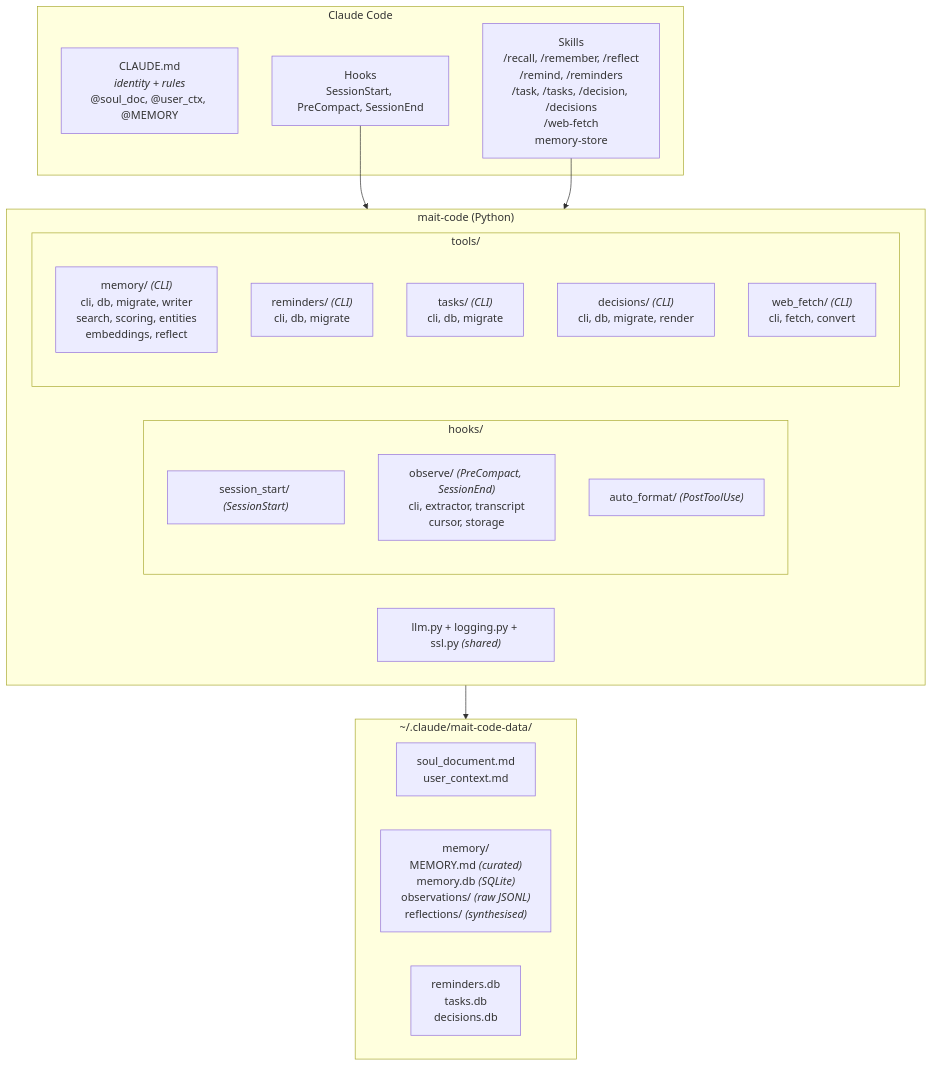
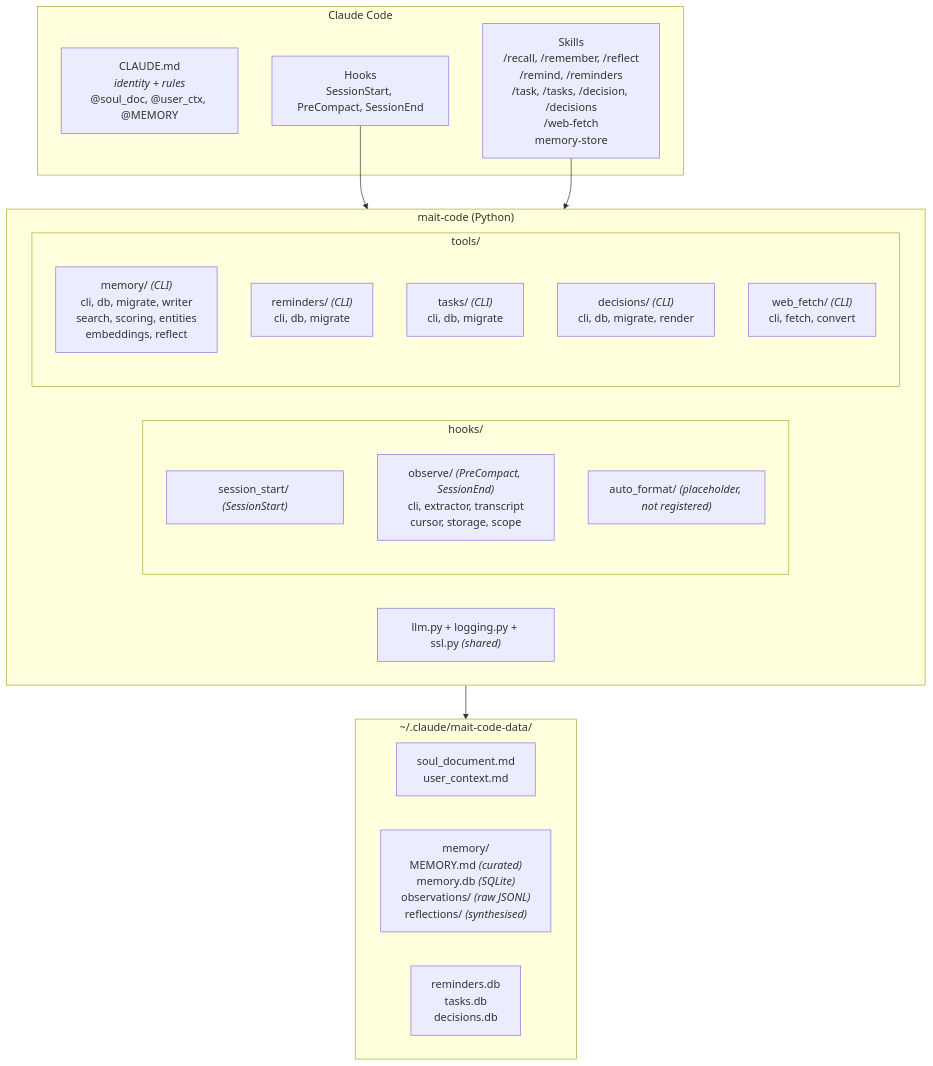
The first of 4 diagrams in docs/architecture.md (wiktordepina/mait-code), drawn with Mermaid before and after one commit. The commit also changed other lines of this file and 7 other files, not shown here.

````diff
--- a/docs/architecture.md
+++ b/docs/architecture.md
@@ -14,34 +14,34 @@
 ```mermaid
 graph TD
     subgraph claude_code ["Claude Code"]
         CLAUDE_MD["CLAUDE.md<br/><i>identity + rules</i><br/>@soul_doc, @user_ctx, @MEMORY"]
         HOOKS["Hooks<br/>SessionStart, PreCompact, SessionEnd"]
         SKILLS["Skills<br/>/recall, /remember, /reflect<br/>/remind, /reminders<br/>/task, /tasks, /decision, /decisions<br/>/web-fetch<br/>memory-store"]
     end
 
     subgraph mait_code ["mait-code (Python)"]
         subgraph hooks_pkg ["hooks/"]
             session_start["session_start/ <i>(SessionStart)</i>"]
-            observe["observe/ <i>(PreCompact, SessionEnd)</i><br/>cli, extractor, transcript<br/>cursor, storage"]
-            auto_format["auto_format/ <i>(PostToolUse)</i>"]
+            observe["observe/ <i>(PreCompact, SessionEnd)</i><br/>cli, extractor, transcript<br/>cursor, storage, scope"]
+            auto_format["auto_format/ <i>(placeholder, not registered)</i>"]
         end
         subgraph tools_pkg ["tools/"]
             memory_tool["memory/ <i>(CLI)</i><br/>cli, db, migrate, writer<br/>search, scoring, entities<br/>embeddings, reflect"]
             reminders_tool["reminders/ <i>(CLI)</i><br/>cli, db, migrate"]
             tasks_tool["tasks/ <i>(CLI)</i><br/>cli, db, migrate"]
             decisions_tool["decisions/ <i>(CLI)</i><br/>cli, db, migrate, render"]
             web_fetch_tool["web_fetch/ <i>(CLI)</i><br/>cli, fetch, convert"]
         end
         shared["llm.py + logging.py + ssl.py <i>(shared)</i>"]
     end
 
     subgraph data_dir ["~/.claude/mait-code-data/"]
         identity["soul_document.md<br/>user_context.md"]
         memory_store["memory/<br/>MEMORY.md <i>(curated)</i><br/>memory.db <i>(SQLite)</i><br/>observations/ <i>(raw JSONL)</i><br/>reflections/ <i>(synthesised)</i>"]
         other_dbs["reminders.db<br/>tasks.db<br/>decisions.db"]
     end
 
     HOOKS --> mait_code
     SKILLS --> mait_code
     mait_code --> data_dir
 ```
````
